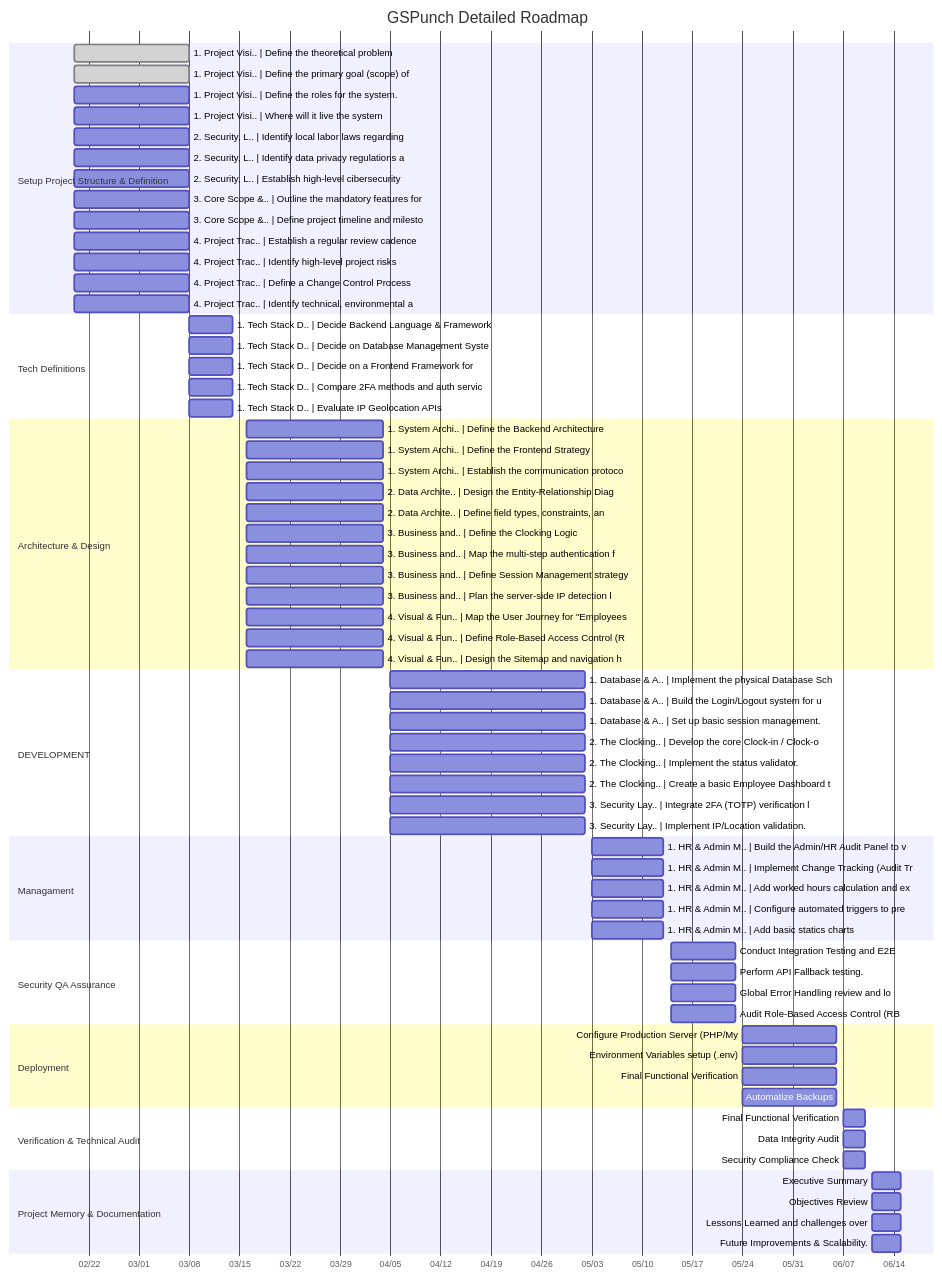
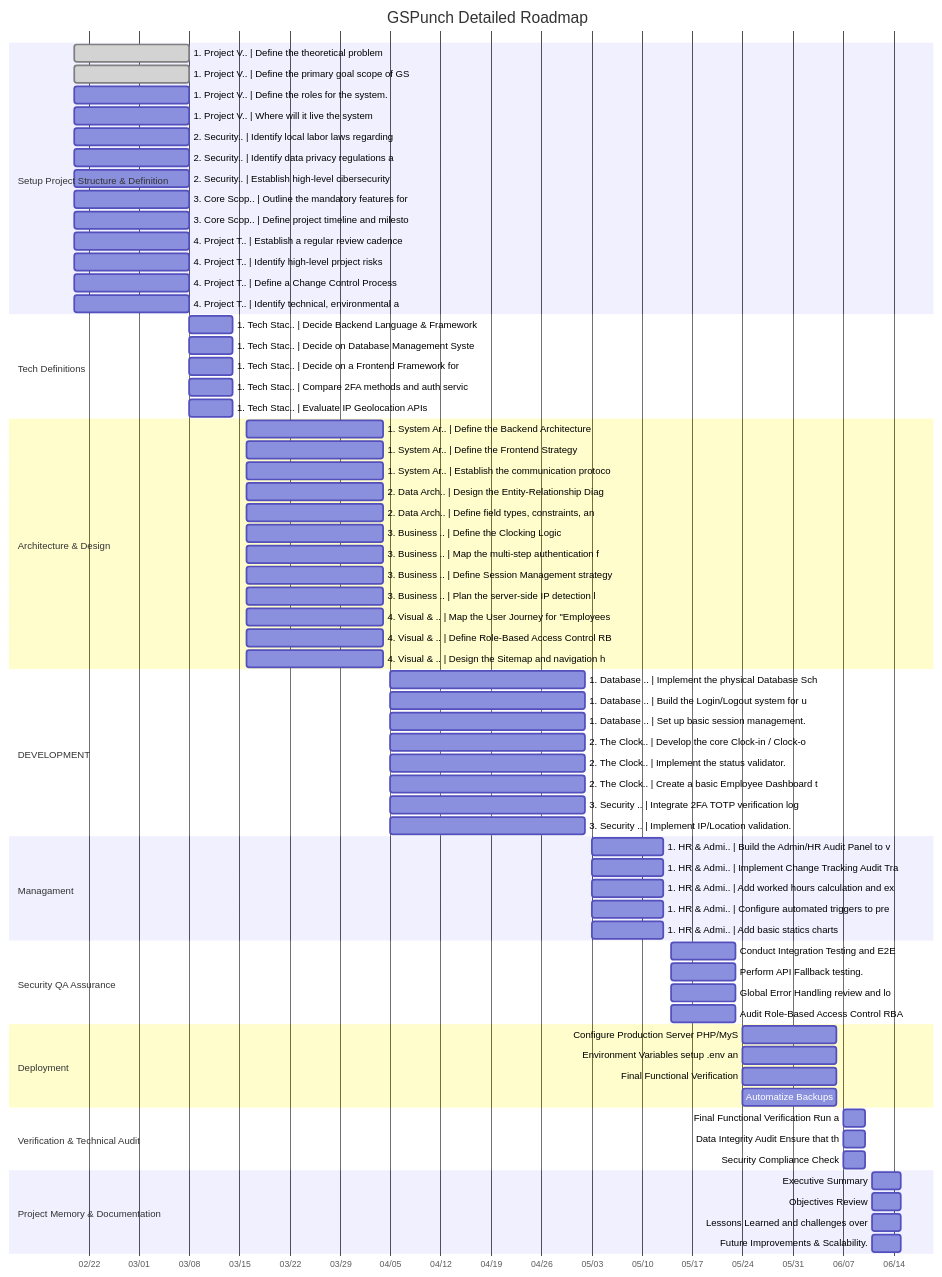
Before and after one commit to jejomoca/GSPunch: the diagram in README.md, drawn with Mermaid.

Commit message:
roadmap sync: 22:55

````diff
--- a/README.md
+++ b/README.md
@@ -3,73 +3,73 @@
 ```mermaid
 gantt
     title GSPunch Detailed Roadmap
     dateFormat YYYY-MM-DD
     axisFormat %m/%d
     section Setup Project Structure & Definition
-    1. Project Visi.. | Define the theoretical problem : done, 2026-02-20, 2026-03-08
-    1. Project Visi.. | Define the primary goal (scope) of : done, 2026-02-20, 2026-03-08
-    1. Project Visi.. | Define the roles for the system. : 2026-02-20, 2026-03-08
-    1. Project Visi.. | Where will it live the system : 2026-02-20, 2026-03-08
-    2.  Security, L.. | Identify local labor laws regarding : 2026-02-20, 2026-03-08
-    2.  Security, L.. | Identify data privacy regulations a : 2026-02-20, 2026-03-08
-    2.  Security, L.. | Establish high-level cibersecurity : 2026-02-20, 2026-03-08
-    3. Core Scope &.. | Outline the mandatory features for : 2026-02-20, 2026-03-08
-    3. Core Scope &.. | Define project timeline and milesto : 2026-02-20, 2026-03-08
-    4. Project Trac.. | Establish a regular review cadence : 2026-02-20, 2026-03-08
-    4. Project Trac.. | Identify high-level project risks : 2026-02-20, 2026-03-08
-    4. Project Trac.. | Define a Change Control Process : 2026-02-20, 2026-03-08
-    4. Project Trac.. | Identify technical, environmental a : 2026-02-20, 2026-03-08
+    1. Project V.. | Define the theoretical problem : done, 2026-02-20, 2026-03-08
+    1. Project V.. | Define the primary goal scope of GS : done, 2026-02-20, 2026-03-08
+    1. Project V.. | Define the roles for the system. : 2026-02-20, 2026-03-08
+    1. Project V.. | Where will it live the system : 2026-02-20, 2026-03-08
+    2.  Security.. | Identify local labor laws regarding : 2026-02-20, 2026-03-08
+    2.  Security.. | Identify data privacy regulations a : 2026-02-20, 2026-03-08
+    2.  Security.. | Establish high-level cibersecurity : 2026-02-20, 2026-03-08
+    3. Core Scop.. | Outline the mandatory features for : 2026-02-20, 2026-03-08
+    3. Core Scop.. | Define project timeline and milesto : 2026-02-20, 2026-03-08
+    4. Project T.. | Establish a regular review cadence : 2026-02-20, 2026-03-08
+    4. Project T.. | Identify high-level project risks : 2026-02-20, 2026-03-08
+    4. Project T.. | Define a Change Control Process : 2026-02-20, 2026-03-08
+    4. Project T.. | Identify technical, environmental a : 2026-02-20, 2026-03-08
     section Tech Definitions
-    1. Tech Stack D.. | Decide Backend Language & Framework : 2026-03-08, 2026-03-14
-    1. Tech Stack D.. | Decide on Database Management Syste : 2026-03-08, 2026-03-14
-    1. Tech Stack D.. | Decide on a Frontend Framework for : 2026-03-08, 2026-03-14
-    1. Tech Stack D.. | Compare 2FA methods and auth servic : 2026-03-08, 2026-03-14
-    1. Tech Stack D.. | Evaluate IP Geolocation APIs : 2026-03-08, 2026-03-14
+    1. Tech Stac.. | Decide Backend Language & Framework : 2026-03-08, 2026-03-14
+    1. Tech Stac.. | Decide on Database Management Syste : 2026-03-08, 2026-03-14
+    1. Tech Stac.. | Decide on a Frontend Framework for : 2026-03-08, 2026-03-14
+    1. Tech Stac.. | Compare 2FA methods and auth servic : 2026-03-08, 2026-03-14
+    1. Tech Stac.. | Evaluate IP Geolocation APIs : 2026-03-08, 2026-03-14
     section Architecture & Design
-    1. System Archi.. | Define the Backend Architecture : 2026-03-16, 2026-04-04
-    1. System Archi.. | Define the Frontend Strategy : 2026-03-16, 2026-04-04
-    1. System Archi.. | Establish the communication protoco : 2026-03-16, 2026-04-04
-    2. Data Archite.. | Design the Entity-Relationship Diag : 2026-03-16, 2026-04-04
-    2. Data Archite.. | Define field types, constraints, an : 2026-03-16, 2026-04-04
-    3. Business and.. | Define the Clocking Logic : 2026-03-16, 2026-04-04
-    3. Business and.. | Map the multi-step authentication f : 2026-03-16, 2026-04-04
-    3. Business and.. | Define Session Management strategy : 2026-03-16, 2026-04-04
-    3. Business and.. | Plan the server-side IP detection l : 2026-03-16, 2026-04-04
-    4. Visual & Fun.. | Map the User Journey for "Employees : 2026-03-16, 2026-04-04
-    4. Visual & Fun.. | Define Role-Based Access Control (R : 2026-03-16, 2026-04-04
-    4. Visual & Fun.. | Design the Sitemap and navigation h : 2026-03-16, 2026-04-04
+    1. System Ar.. | Define the Backend Architecture : 2026-03-16, 2026-04-04
+    1. System Ar.. | Define the Frontend Strategy : 2026-03-16, 2026-04-04
+    1. System Ar.. | Establish the communication protoco : 2026-03-16, 2026-04-04
+    2. Data Arch.. | Design the Entity-Relationship Diag : 2026-03-16, 2026-04-04
+    2. Data Arch.. | Define field types, constraints, an : 2026-03-16, 2026-04-04
+    3. Business .. | Define the Clocking Logic : 2026-03-16, 2026-04-04
+    3. Business .. | Map the multi-step authentication f : 2026-03-16, 2026-04-04
+    3. Business .. | Define Session Management strategy : 2026-03-16, 2026-04-04
+    3. Business .. | Plan the server-side IP detection l : 2026-03-16, 2026-04-04
+    4. Visual & .. | Map the User Journey for "Employees : 2026-03-16, 2026-04-04
+    4. Visual & .. | Define Role-Based Access Control RB : 2026-03-16, 2026-04-04
+    4. Visual & .. | Design the Sitemap and navigation h : 2026-03-16, 2026-04-04
     section DEVELOPMENT
-    1. Database & A.. | Implement the physical Database Sch : 2026-04-05, 2026-05-02
-    1. Database & A.. | Build the Login/Logout system for u : 2026-04-05, 2026-05-02
-    1. Database & A.. | Set up basic session management. : 2026-04-05, 2026-05-02
-    2. The Clocking.. | Develop the core Clock-in / Clock-o : 2026-04-05, 2026-05-02
-    2. The Clocking.. | Implement the status validator. : 2026-04-05, 2026-05-02
-    2. The Clocking.. | Create a basic Employee Dashboard t : 2026-04-05, 2026-05-02
-    3. Security Lay.. | Integrate 2FA (TOTP) verification l : 2026-04-05, 2026-05-02
-    3. Security Lay.. | Implement IP/Location validation. : 2026-04-05, 2026-05-02
+    1. Database .. | Implement the physical Database Sch : 2026-04-05, 2026-05-02
+    1. Database .. | Build the Login/Logout system for u : 2026-04-05, 2026-05-02
+    1. Database .. | Set up basic session management. : 2026-04-05, 2026-05-02
+    2. The Clock.. | Develop the core Clock-in / Clock-o : 2026-04-05, 2026-05-02
+    2. The Clock.. | Implement the status validator. : 2026-04-05, 2026-05-02
+    2. The Clock.. | Create a basic Employee Dashboard t : 2026-04-05, 2026-05-02
+    3. Security .. | Integrate 2FA TOTP verification log : 2026-04-05, 2026-05-02
+    3. Security .. | Implement IP/Location validation. : 2026-04-05, 2026-05-02
     section Managament
-    1. HR & Admin M.. | Build the Admin/HR Audit Panel to v : 2026-05-03, 2026-05-13
-    1. HR & Admin M.. | Implement Change Tracking (Audit Tr : 2026-05-03, 2026-05-13
-    1. HR & Admin M.. | Add worked hours calculation and ex : 2026-05-03, 2026-05-13
-    1. HR & Admin M.. | Configure automated triggers to pre : 2026-05-03, 2026-05-13
-    1. HR & Admin M.. | Add basic statics charts : 2026-05-03, 2026-05-13
+    1. HR & Admi.. | Build the Admin/HR Audit Panel to v : 2026-05-03, 2026-05-13
+    1. HR & Admi.. | Implement Change Tracking Audit Tra : 2026-05-03, 2026-05-13
+    1. HR & Admi.. | Add worked hours calculation and ex : 2026-05-03, 2026-05-13
+    1. HR & Admi.. | Configure automated triggers to pre : 2026-05-03, 2026-05-13
+    1. HR & Admi.. | Add basic statics charts : 2026-05-03, 2026-05-13
     section Security QA Assurance
     Conduct Integration Testing and E2E : 2026-05-14, 2026-05-23
     Perform API Fallback testing. : 2026-05-14, 2026-05-23
     Global Error Handling review and lo : 2026-05-14, 2026-05-23
-    Audit Role-Based Access Control (RB : 2026-05-14, 2026-05-23
+    Audit Role-Based Access Control RBA : 2026-05-14, 2026-05-23
     section Deployment
-    Configure Production Server (PHP/My : 2026-05-24, 2026-06-06
-    Environment Variables setup (.env) : 2026-05-24, 2026-06-06
+    Configure Production Server PHP/MyS : 2026-05-24, 2026-06-06
+    Environment Variables setup .env an : 2026-05-24, 2026-06-06
     Final Functional Verification : 2026-05-24, 2026-06-06
     Automatize Backups : 2026-05-24, 2026-06-06
     section Verification & Technical Audit
-    Final Functional Verification: Run : 2026-06-07, 2026-06-10
-    Data Integrity Audit: Ensure that t : 2026-06-07, 2026-06-10
+    Final Functional Verification Run a : 2026-06-07, 2026-06-10
+    Data Integrity Audit Ensure that th : 2026-06-07, 2026-06-10
     Security Compliance Check : 2026-06-07, 2026-06-10
     section Project Memory & Documentation
     Executive Summary : 2026-06-11, 2026-06-15
     Objectives Review : 2026-06-11, 2026-06-15
     Lessons Learned and challenges over : 2026-06-11, 2026-06-15
     Future Improvements & Scalability. : 2026-06-11, 2026-06-15
 ```
````
